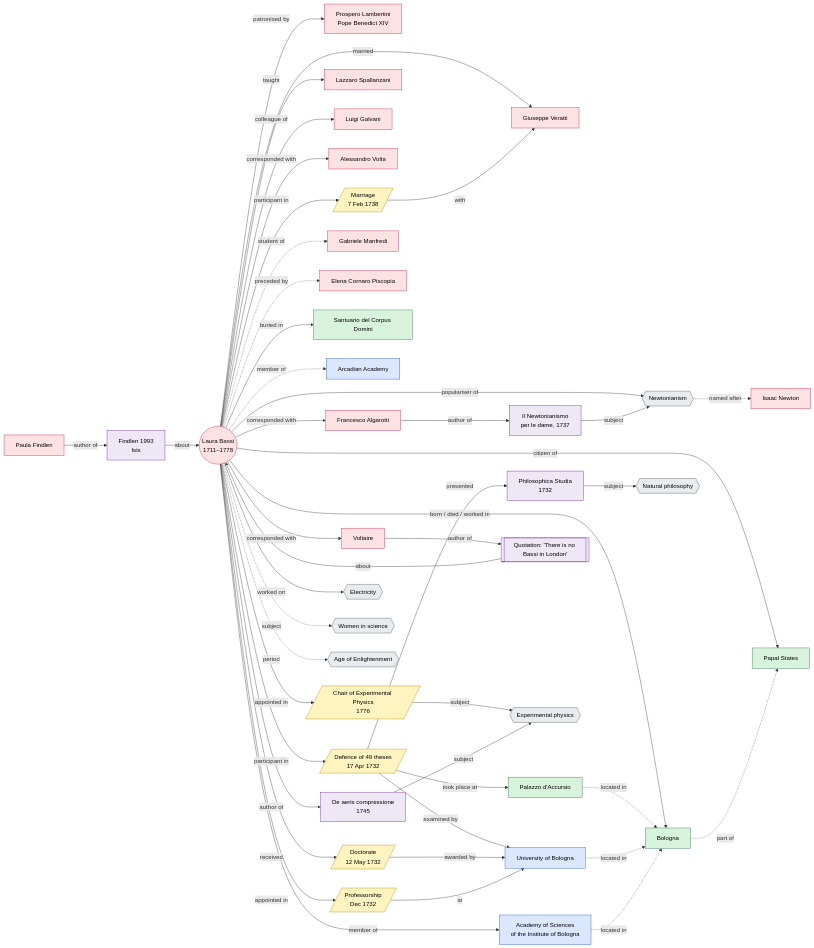
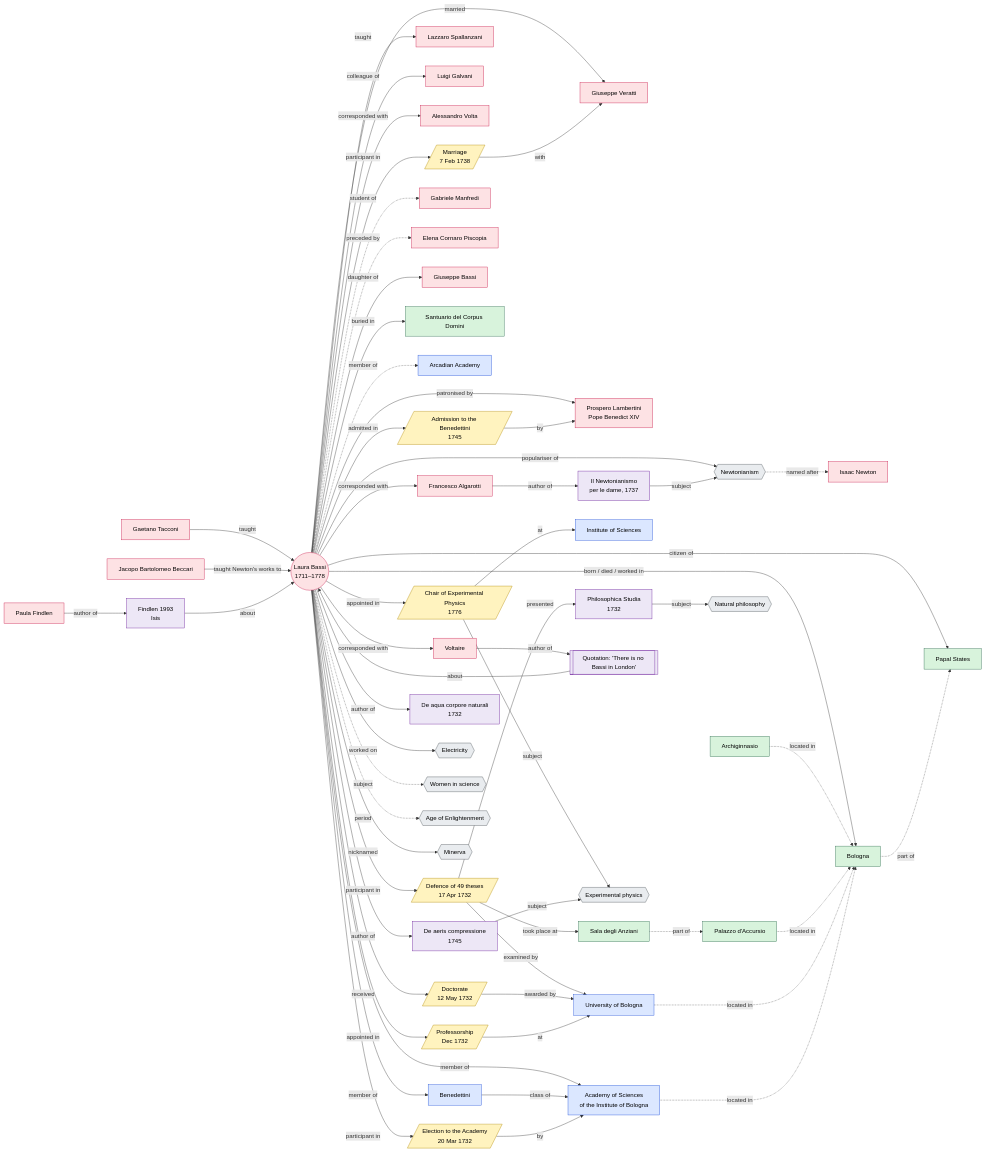
Before and after one commit to xenia2525/laura-bassi-lod: the diagram in models/theoretical_model.mmd, drawn with Mermaid. The commit also changed 13 other files, not shown here.

```diff
--- a/models/theoretical_model.mmd
+++ b/models/theoretical_model.mmd
@@ -1,101 +1,126 @@
 flowchart LR
   classDef person fill:#fde2e4,stroke:#c9184a,color:#000
   classDef place fill:#d8f3dc,stroke:#2d6a4f,color:#000
   classDef org fill:#dbe7ff,stroke:#1d4ed8,color:#000
   classDef event fill:#fff3bf,stroke:#b08900,color:#000
   classDef work fill:#ede7f6,stroke:#6a1b9a,color:#000
   classDef concept fill:#e9ecef,stroke:#495057,color:#000
 
   LB((Laura Bassi<br/>1711–1778)):::person
 
   %% people
   GV[Giuseppe Veratti]:::person
   B14[Prospero Lambertini<br/>Pope Benedict XIV]:::person
   VOL[Voltaire]:::person
   SPA[Lazzaro Spallanzani]:::person
   GAL[Luigi Galvani]:::person
   VOLTA[Alessandro Volta]:::person
   ALG[Francesco Algarotti]:::person
   MAN[Gabriele Manfredi]:::person
   ECP[Elena Cornaro Piscopia]:::person
   NEW[Isaac Newton]:::person
   PF[Paula Findlen]:::person
+  GB[Giuseppe Bassi]:::person
+  TAC[Gaetano Tacconi]:::person
+  BEC[Jacopo Bartolomeo Beccari]:::person
 
   %% places & organisations
   BO[Bologna]:::place
   PA[Palazzo d'Accursio]:::place
   CD[Santuario del Corpus Domini]:::place
   PS[Papal States]:::place
   UNI[University of Bologna]:::org
   ACC[Academy of Sciences<br/>of the Institute of Bologna]:::org
   ARC[Arcadian Academy]:::org
+  INS[Institute of Sciences]:::org
+  BEN[Benedettini]:::org
+  SA[Sala degli Anziani]:::place
+  ARCH[Archiginnasio]:::place
 
   %% events
   E1[/Defence of 49 theses<br/>17 Apr 1732/]:::event
   E2[/Doctorate<br/>12 May 1732/]:::event
   E3[/Professorship<br/>Dec 1732/]:::event
   E4[/Marriage<br/>7 Feb 1738/]:::event
   E5[/Chair of Experimental Physics<br/>1776/]:::event
+  E0[/Election to the Academy<br/>20 Mar 1732/]:::event
+  E6[/Admission to the Benedettini<br/>1745/]:::event
 
   %% works
   W1[Philosophica Studia<br/>1732]:::work
   W2[De aeris compressione<br/>1745]:::work
   W3[Il Newtonianismo<br/>per le dame, 1737]:::work
   W4[Findlen 1993<br/>Isis]:::work
+  W5[De aqua corpore naturali<br/>1732]:::work
   Q[["Quotation: 'There is no Bassi in London'"]]:::work
 
   %% concepts
   C1{{Newtonianism}}:::concept
   C2{{Experimental physics}}:::concept
   C3{{Natural philosophy}}:::concept
   C4{{Electricity}}:::concept
   C5{{Women in science}}:::concept
   C6{{Age of Enlightenment}}:::concept
+  C7{{Minerva}}:::concept
 
   %% relations
   LB -- born / died / worked in --> BO
   LB -- citizen of --> PS
   LB -- buried in --> CD
   LB -- married --> GV
   LB -- patronised by --> B14
   LB -- corresponded with --> VOL
   LB -- corresponded with --> VOLTA
   LB -- corresponded with --> ALG
   LB -- taught --> SPA
   LB -- colleague of --> GAL
   LB -- member of --> ACC
   LB -.member of.-> ARC
   LB -.student of.-> MAN
   LB -.preceded by.-> ECP
+  LB -- daughter of --> GB
+  TAC -- taught --> LB
+  BEC -- taught Newton's works to --> LB
+  LB -- member of --> BEN
+  BEN -- class of --> ACC
+  LB -- nicknamed --> C7
 
   LB -- participant in --> E1
-  E1 -- took place at --> PA
+  E1 -- took place at --> SA
+  SA -.part of.-> PA
+  ARCH -.located in.-> BO
+  LB -- participant in --> E0
+  E0 -- by --> ACC
+  LB -- admitted in --> E6
+  E6 -- by --> B14
+  LB -- author of --> W5
   E1 -- presented --> W1
   E1 -- examined by --> UNI
   LB -- received --> E2
   E2 -- awarded by --> UNI
   LB -- appointed in --> E3
   E3 -- at --> UNI
   LB -- participant in --> E4
   E4 -- with --> GV
   LB -- appointed in --> E5
   E5 -- subject --> C2
+  E5 -- at --> INS
 
   LB -- author of --> W2
   W1 -- subject --> C3
   W2 -- subject --> C2
   LB -- populariser of --> C1
   C1 -.named after.-> NEW
   ALG -- author of --> W3
   W3 -- subject --> C1
   LB -- worked on --> C4
   VOL -- author of --> Q
   Q -- about --> LB
   PF -- author of --> W4
   W4 -- about --> LB
   LB -.subject.-> C5
   LB -.period.-> C6
   PA -.located in.-> BO
   UNI -.located in.-> BO
   ACC -.located in.-> BO
   BO -.part of.-> PS
```
